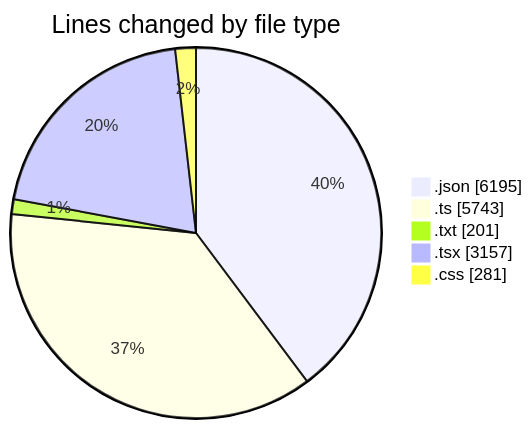
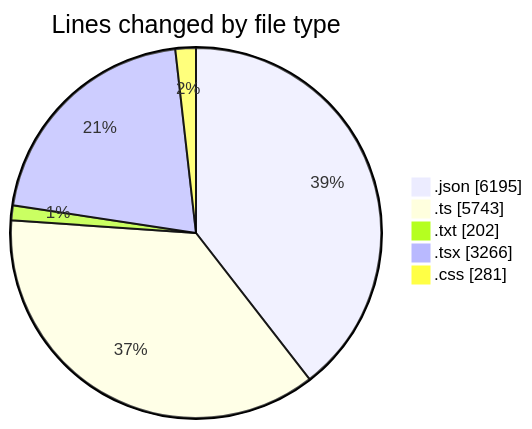
The first of 2 diagrams in 2025-05-27/ecodeli-1/README.md (CELIANVF/code-tracking), drawn with Mermaid before and after one commit. The commit also changed other lines of this file and 1 other file, not shown here.

````diff
--- a/2025-05-27/ecodeli-1/README.md
+++ b/2025-05-27/ecodeli-1/README.md
@@ -41,9 +41,9 @@
 ```mermaid
 pie showData
 title Lines changed by file type
 ".json" : 6195
 ".ts" : 5743
-".txt" : 201
-".tsx" : 3157
+".txt" : 202
+".tsx" : 3266
 ".css" : 281
 ```
````
